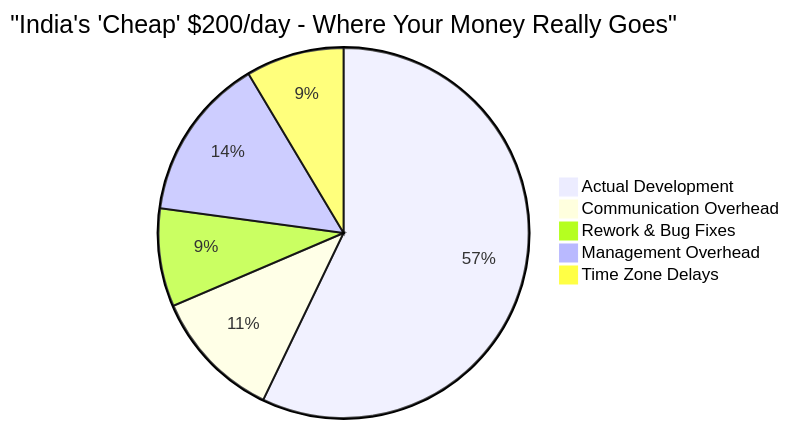
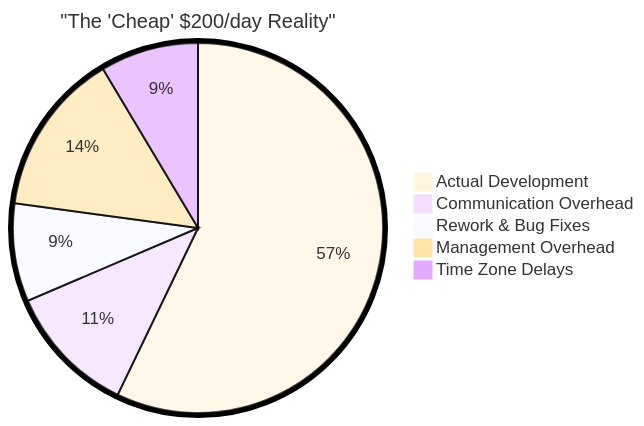
Before and after one commit to ekalachev/SF-hackaton: the second of 7 diagrams in ULTIMATE_AI_DEVELOPMENT_REPORT.md, drawn with Mermaid. The commit also changed other lines of this file and 6 other files, not shown here.

````diff
--- a/ULTIMATE_AI_DEVELOPMENT_REPORT.md
+++ b/ULTIMATE_AI_DEVELOPMENT_REPORT.md
@@ -59,8 +79,9 @@
 ```mermaid
-pie title "India's 'Cheap' $200/day - Where Your Money Really Goes"
+%%{init: {'theme':'base', 'themeVariables': {'pieOuterStrokeWidth': '5px', 'pieStrokeColor': '#000', 'pieStrokeWidth': '2px', 'pieSectionTextSize': '17px', 'pieTitleTextSize': '20px', 'pieLegendTextSize': '17px'}}}%%
+pie title "The 'Cheap' $200/day Reality"
     "Actual Development" : 200
     "Communication Overhead" : 40
     "Rework & Bug Fixes" : 30
     "Management Overhead" : 50
     "Time Zone Delays" : 30
 ```
````
